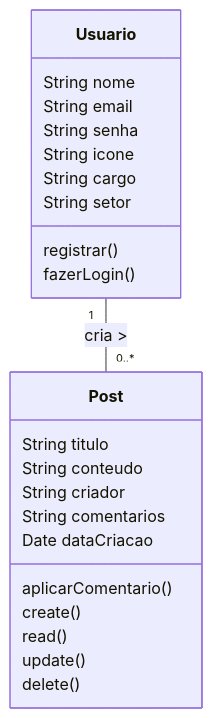
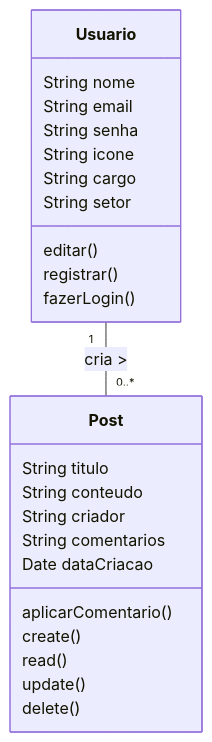
One commit to ryangabriel27/projeto-connectacorp changed the second of 3 diagrams in README.md. Above: the diagram before and after it, drawn with Mermaid.

````diff
--- a/README.md
+++ b/README.md
@@ -155,29 +155,30 @@
 ```mermaid
 
 classDiagram 
     class Usuario {
         String nome
         String email
         String senha
         String icone
         String cargo
         String setor
+        editar()
         registrar()
         fazerLogin()
     }
 
     class Post {
         String titulo
         String conteudo
         String criador
         String comentarios
         Date dataCriacao
         aplicarComentario()
         create()
         read()
         update()
         delete()
     }
 
     Usuario "1" -- "0..*" Post : cria >
 ```
````
